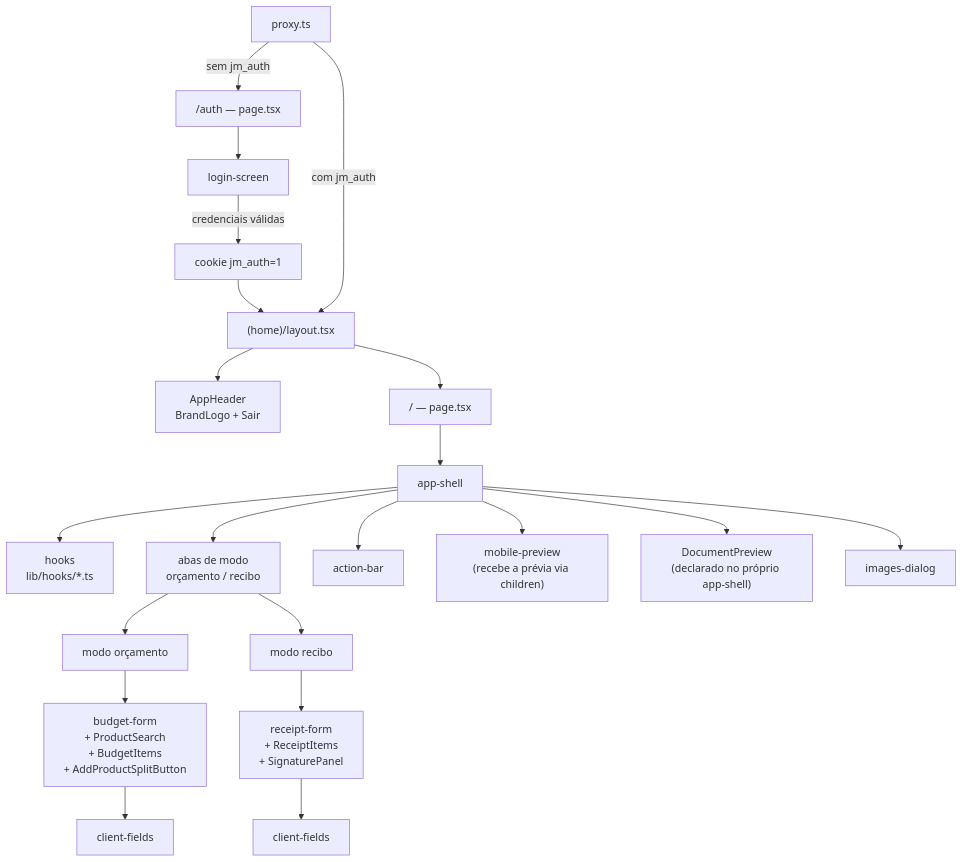
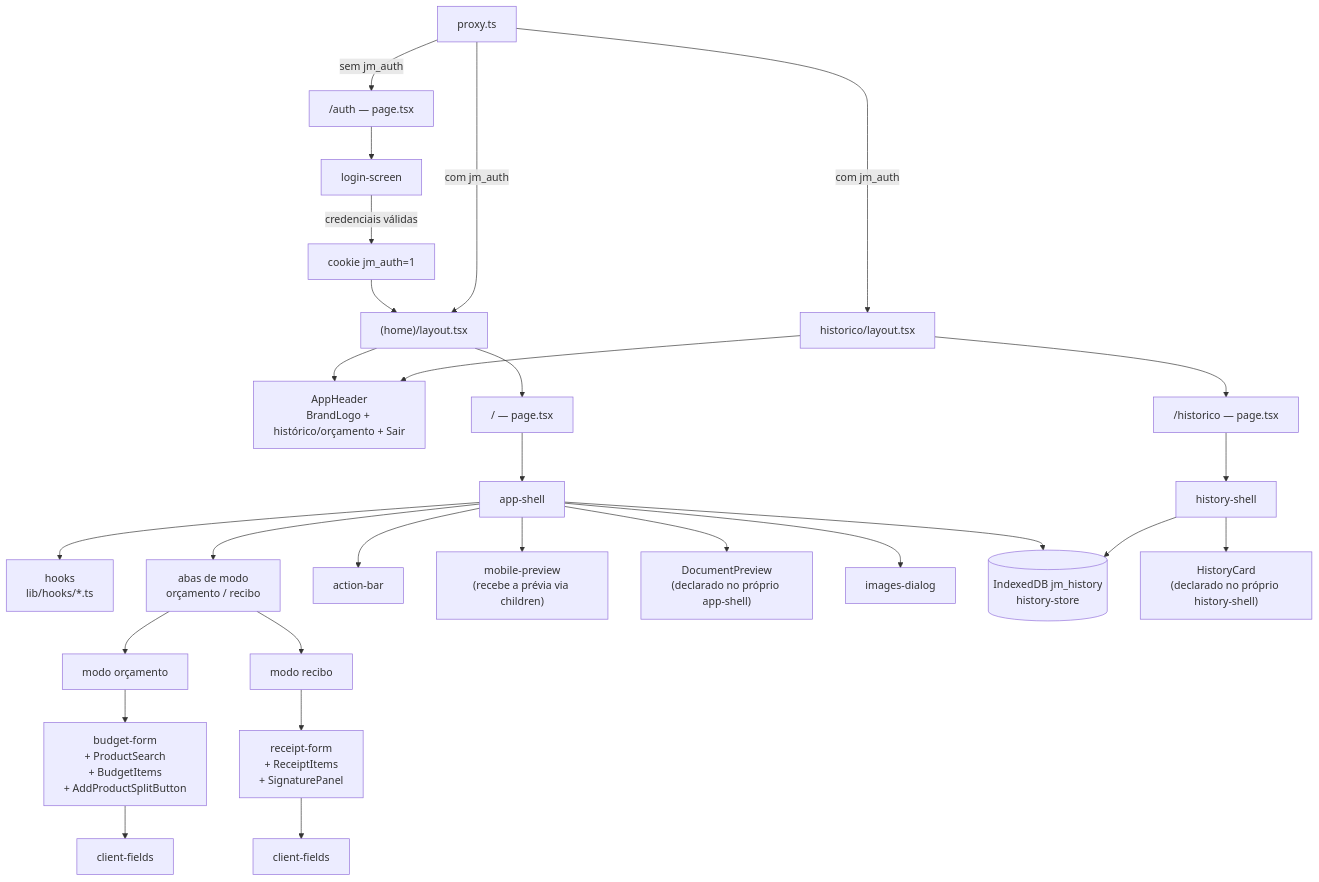
The diagram in docs/PAGES.md (mariaamelco/site-para-or-amento), drawn with Mermaid before and after one commit. The commit also changed other lines of this file and 24 other files, not shown here.

````diff
--- a/docs/PAGES.md
+++ b/docs/PAGES.md
@@ -25,23 +29,30 @@
 ```mermaid
 flowchart TD
   Proxy["proxy.ts"] -->|sem jm_auth| Auth["/auth — page.tsx"]
   Auth --> Login[login-screen]
   Login -->|credenciais válidas| Cookie["cookie jm_auth=1"]
   Cookie --> Layout
   Proxy -->|com jm_auth| Layout["(home)/layout.tsx"]
-  Layout --> Header["AppHeader<br/>BrandLogo + Sair"]
+  Proxy -->|com jm_auth| HistLayout["historico/layout.tsx"]
+  Layout --> Header["AppHeader<br/>BrandLogo + histórico/orçamento + Sair"]
+  HistLayout --> Header
   Layout --> Root["/ — page.tsx"]
   Root --> Shell[app-shell]
   Shell --> Hooks["hooks<br/>lib/hooks/*.ts"]
   Shell --> Tabs["abas de modo<br/>orçamento / recibo"]
   Tabs --> OrcMode["modo orçamento"]
   Tabs --> RecMode["modo recibo"]
   OrcMode --> BF["budget-form<br/>+ ProductSearch<br/>+ BudgetItems<br/>+ AddProductSplitButton"]
   BF --> CF1[client-fields]
   RecMode --> RF["receipt-form<br/>+ ReceiptItems<br/>+ SignaturePanel"]
   RF --> CF2[client-fields]
   Shell --> AB[action-bar]
   Shell --> MP["mobile-preview<br/>(recebe a prévia via children)"]
   Shell --> DP["DocumentPreview<br/>(declarado no próprio app-shell)"]
   Shell --> ID[images-dialog]
+  Shell --> Store[("IndexedDB jm_history<br/>history-store")]
+  HistLayout --> HistPage["/historico — page.tsx"]
+  HistPage --> HistShell[history-shell]
+  HistShell --> Store
+  HistShell --> Card["HistoryCard<br/>(declarado no próprio history-shell)"]
 ```
````
